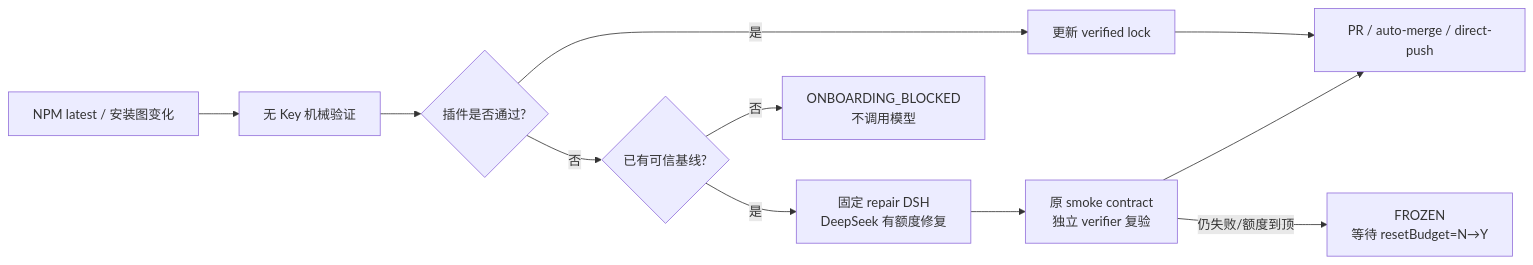
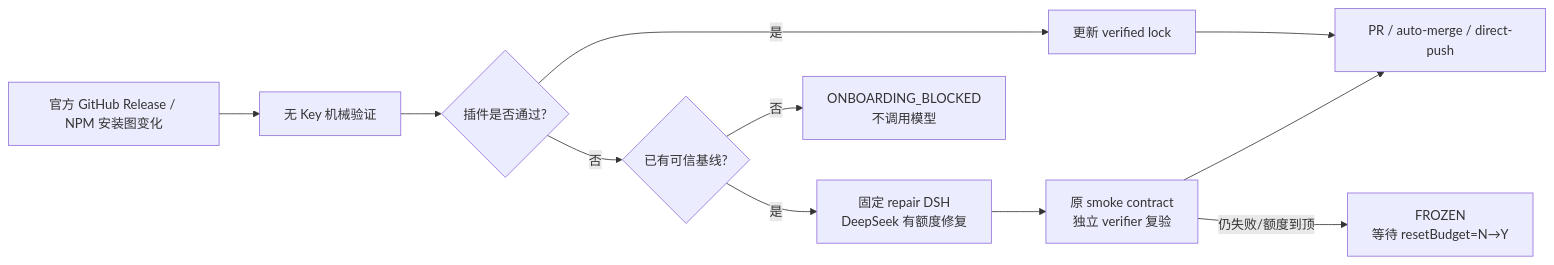
The diagram in README.md (LCYLYM/dsh-plugin-compat-guardian), drawn with Mermaid before and after one commit. The commit also changed other lines of this file and 23 other files, not shown here.

First line of the commit message:
feat(watch): track official DSH GitHub releases

````diff
--- a/README.md
+++ b/README.md
@@ -62,13 +62,13 @@
 ```mermaid
 flowchart LR
-  A[NPM latest / 安装图变化] --> B[无 Key 机械验证]
+  A[官方 GitHub Release / NPM 安装图变化] --> B[无 Key 机械验证]
   B --> C{插件是否通过?}
   C -- 是 --> D[更新 verified lock]
   D --> E[PR / auto-merge / direct-push]
   C -- 否 --> F{已有可信基线?}
   F -- 否 --> G[ONBOARDING_BLOCKED<br/>不调用模型]
   F -- 是 --> H[固定 repair DSH<br/>DeepSeek 有额度修复]
   H --> I[原 smoke contract<br/>独立 verifier 复验]
   I --> E
   I -- 仍失败/额度到顶 --> J[FROZEN<br/>等待 resetBudget=N→Y]
 ```
````
